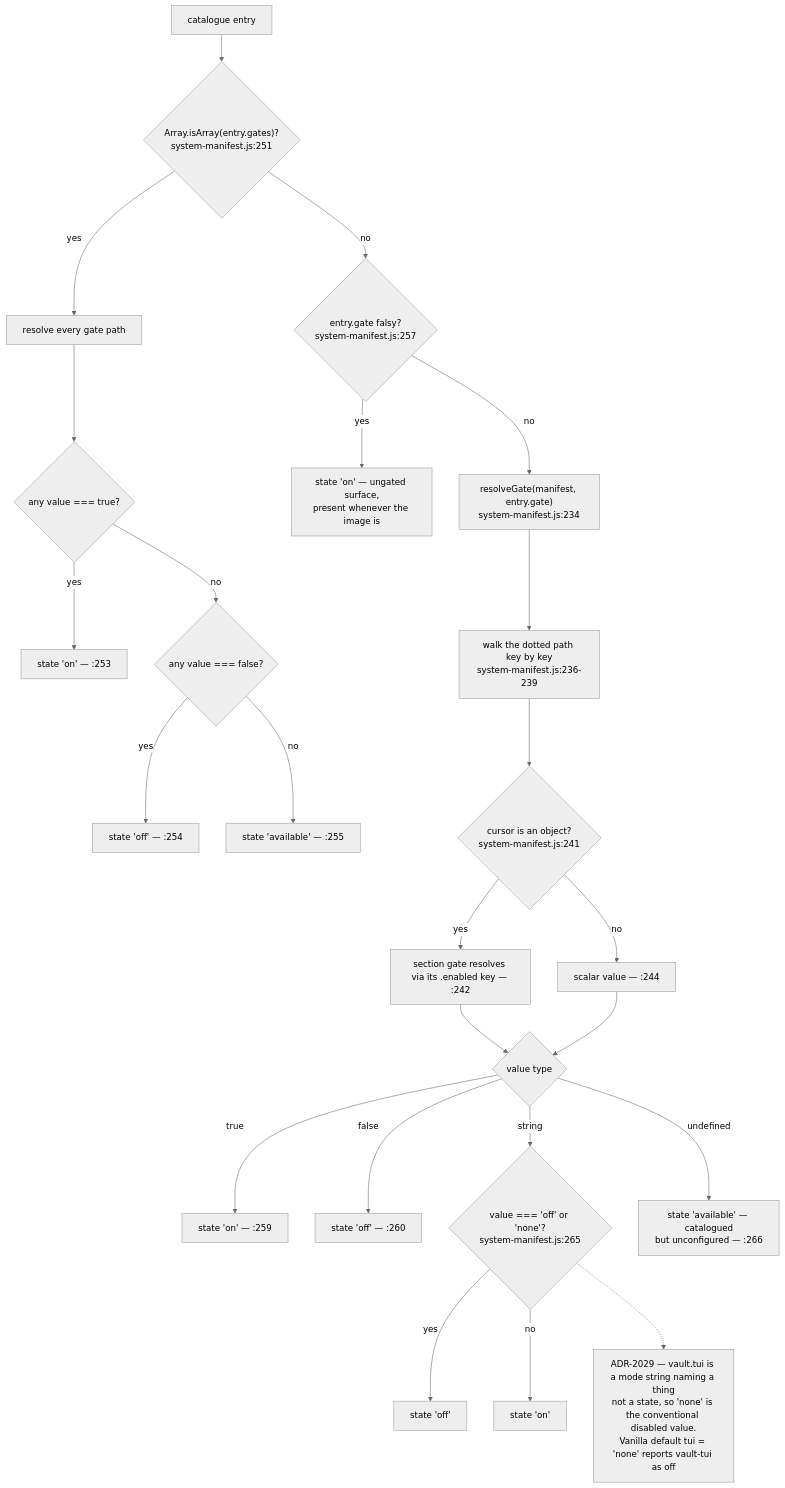
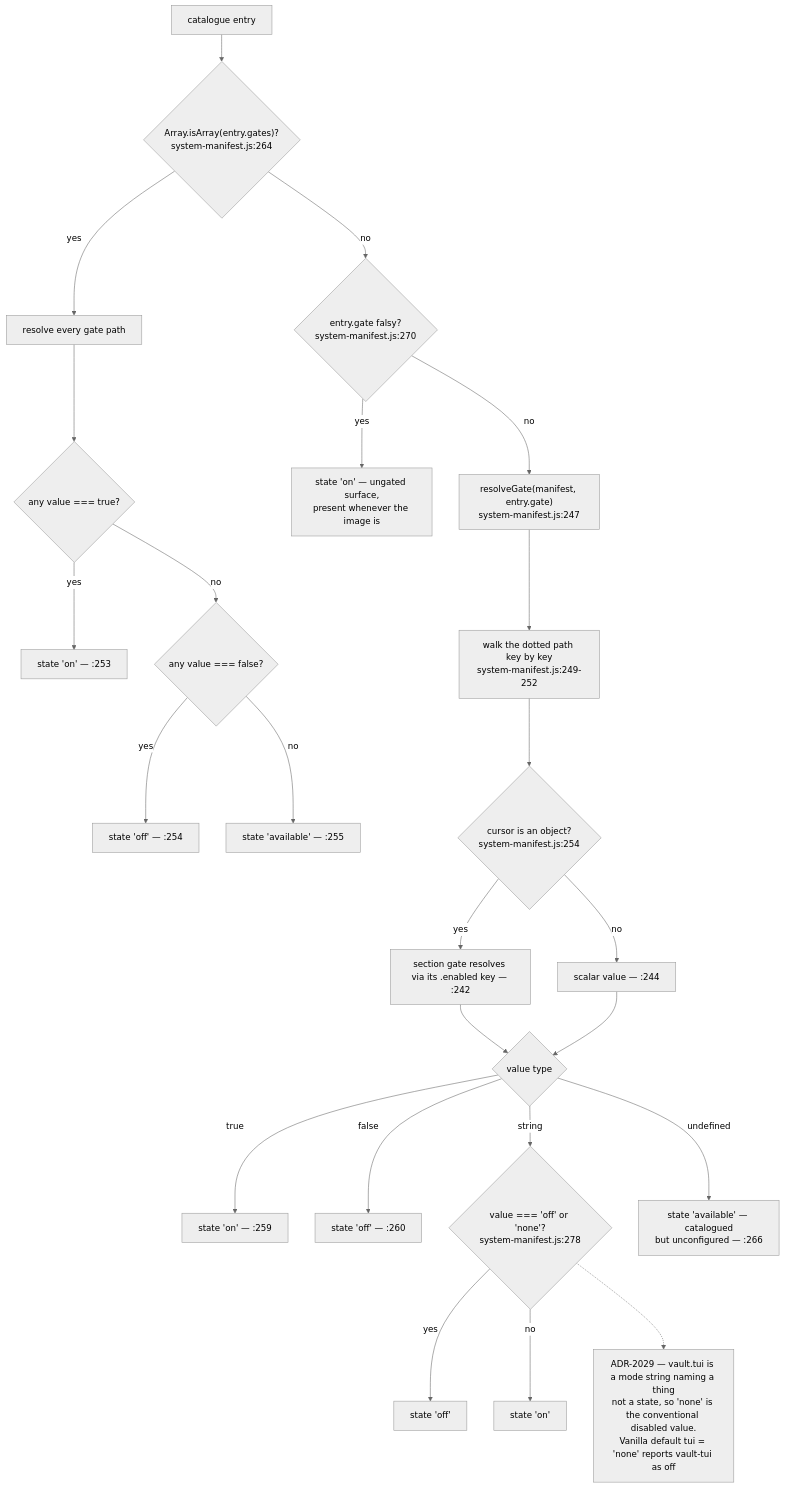
Before and after one commit to DreamLab-AI/AR-AI-Knowledge-Graph: the third of 10 diagrams in docs/diagrams/agentbox/05-manifest-gates-and-cli.md, drawn with Mermaid (neutral theme). The commit also changed other lines of this file and 73 other files, not shown here.

First line of the commit message:
docs(diagrams): re-verify all 71 topic files against HEAD; add --cite-check

````diff
--- a/docs/diagrams/agentbox/05-manifest-gates-and-cli.md
+++ b/docs/diagrams/agentbox/05-manifest-gates-and-cli.md
@@ -84,26 +84,26 @@
 ```mermaid
 flowchart TD
-    E["catalogue entry"] --> A{"Array.isArray(entry.gates)?<br/>system-manifest.js:251"}
+    E["catalogue entry"] --> A{"Array.isArray(entry.gates)?<br/>system-manifest.js:264"}
     A -->|yes| MG["resolve every gate path"]
     MG --> MG1{"any value === true?"}
     MG1 -->|yes| ON1["state 'on' — :253"]
     MG1 -->|no| MG2{"any value === false?"}
     MG2 -->|yes| OFF1["state 'off' — :254"]
     MG2 -->|no| AV1["state 'available' — :255"]
-    A -->|no| B{"entry.gate falsy?<br/>system-manifest.js:257"}
+    A -->|no| B{"entry.gate falsy?<br/>system-manifest.js:270"}
     B -->|yes| ON2["state 'on' — ungated surface,<br/>present whenever the image is"]
-    B -->|no| RG["resolveGate(manifest, entry.gate)<br/>system-manifest.js:234"]
-    RG --> W["walk the dotted path key by key<br/>system-manifest.js:236-239"]
-    W --> SEC{"cursor is an object?<br/>system-manifest.js:241"}
+    B -->|no| RG["resolveGate(manifest, entry.gate)<br/>system-manifest.js:247"]
+    RG --> W["walk the dotted path key by key<br/>system-manifest.js:249-252"]
+    W --> SEC{"cursor is an object?<br/>system-manifest.js:254"}
     SEC -->|yes| SECE["section gate resolves via its .enabled key — :242"]
     SEC -->|no| VAL["scalar value — :244"]
     SECE --> D
     VAL --> D{"value type"}
     D -->|"true"| ON3["state 'on' — :259"]
     D -->|"false"| OFF2["state 'off' — :260"]
-    D -->|"string"| MODE{"value === 'off' or 'none'?<br/>system-manifest.js:265"}
+    D -->|"string"| MODE{"value === 'off' or 'none'?<br/>system-manifest.js:278"}
     D -->|"undefined"| AV2["state 'available' — catalogued<br/>but unconfigured — :266"]
     MODE -->|yes| OFF3["state 'off'"]
     MODE -->|no| ON4["state 'on'"]
     MODE -.-> VT["ADR-2029 — vault.tui is a mode string naming a thing<br/>not a state, so 'none' is the conventional disabled value.<br/>Vanilla default tui = 'none' reports vault-tui as off"]
 ```
````
